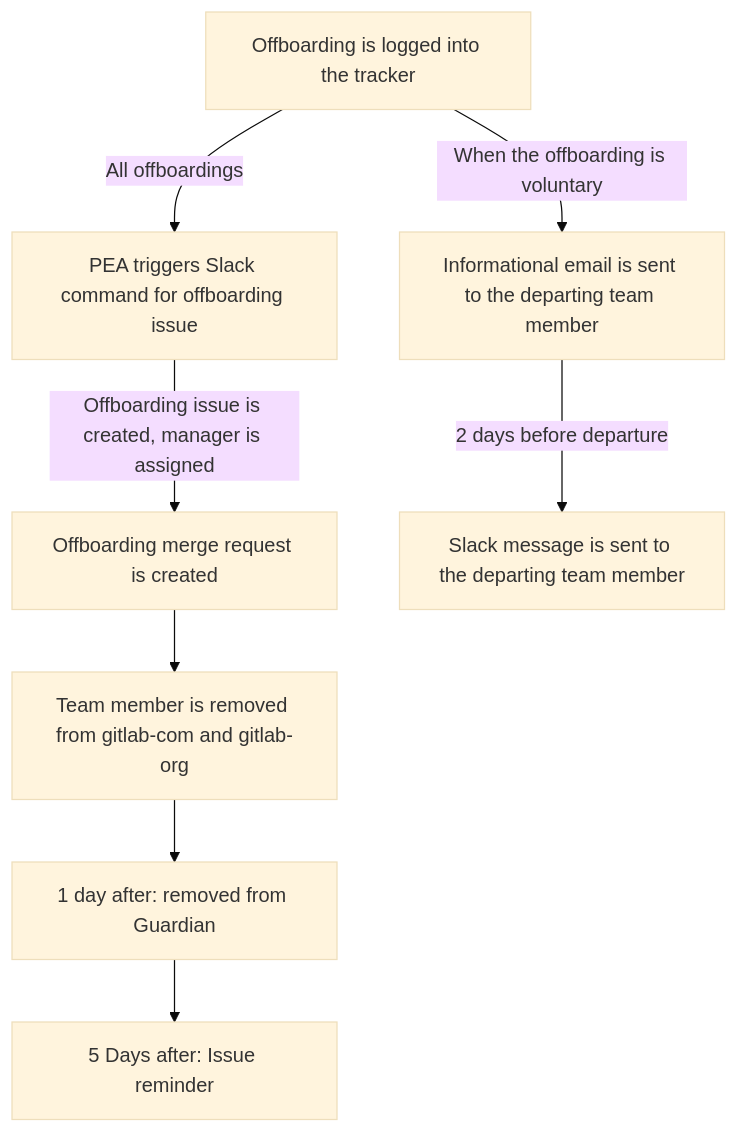
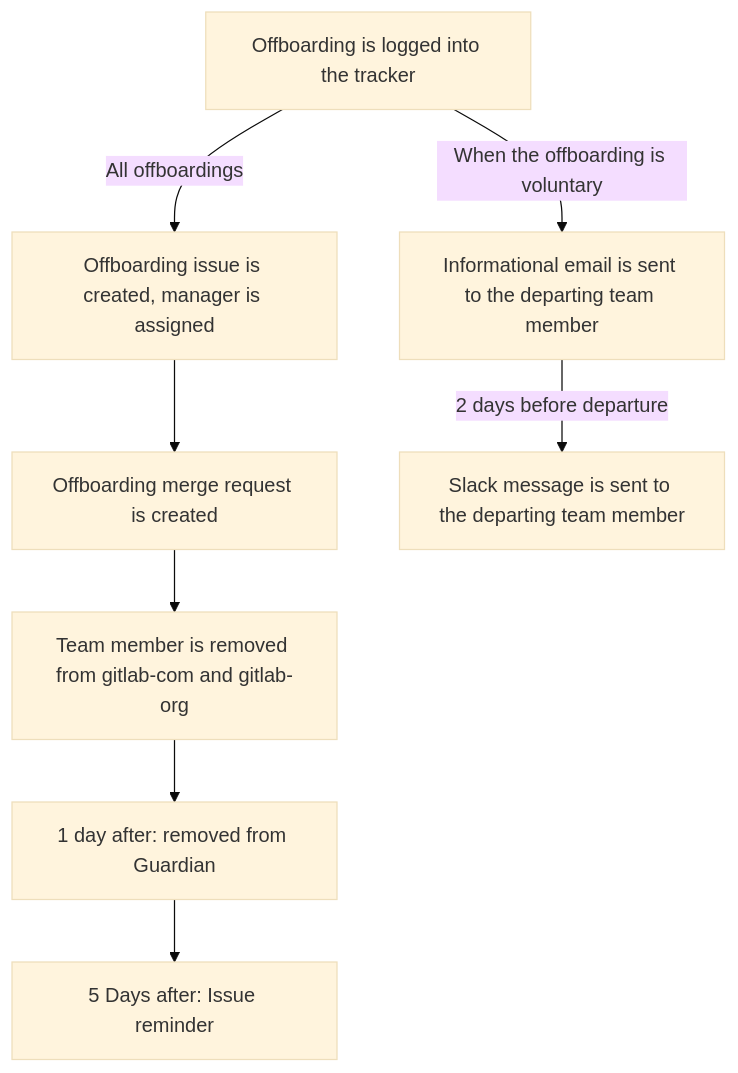
One commit to secretstartups/handbook changed the diagram in people-group/engineering/offboarding/index.html.md. Above: the diagram before and after it, drawn with Mermaid (base theme).

Commit message:
Update mermaid chart for offboardings

````diff
--- a/people-group/engineering/offboarding/index.html.md
+++ b/people-group/engineering/offboarding/index.html.md
@@ -21,12 +21,12 @@
 ```mermaid
 graph TD
   A[Offboarding is logged into the tracker] --> |All offboardings| B
   A --> |When the offboarding is voluntary| G
-  B[PEA triggers Slack command for offboarding issue] --> |Offboarding issue is created, manager is assigned| C
+  B[Offboarding issue is created, manager is assigned] --> C
   C[Offboarding merge request is created] --> D
   D[Team member is removed from gitlab-com and gitlab-org] --> E
   E[1 day after: removed from Guardian] --> F
   F[5 Days after: Issue reminder]
   G[Informational email is sent to the departing team member] --> |2 days before departure| H
   H[Slack message is sent to the departing team member]
 ```
````
